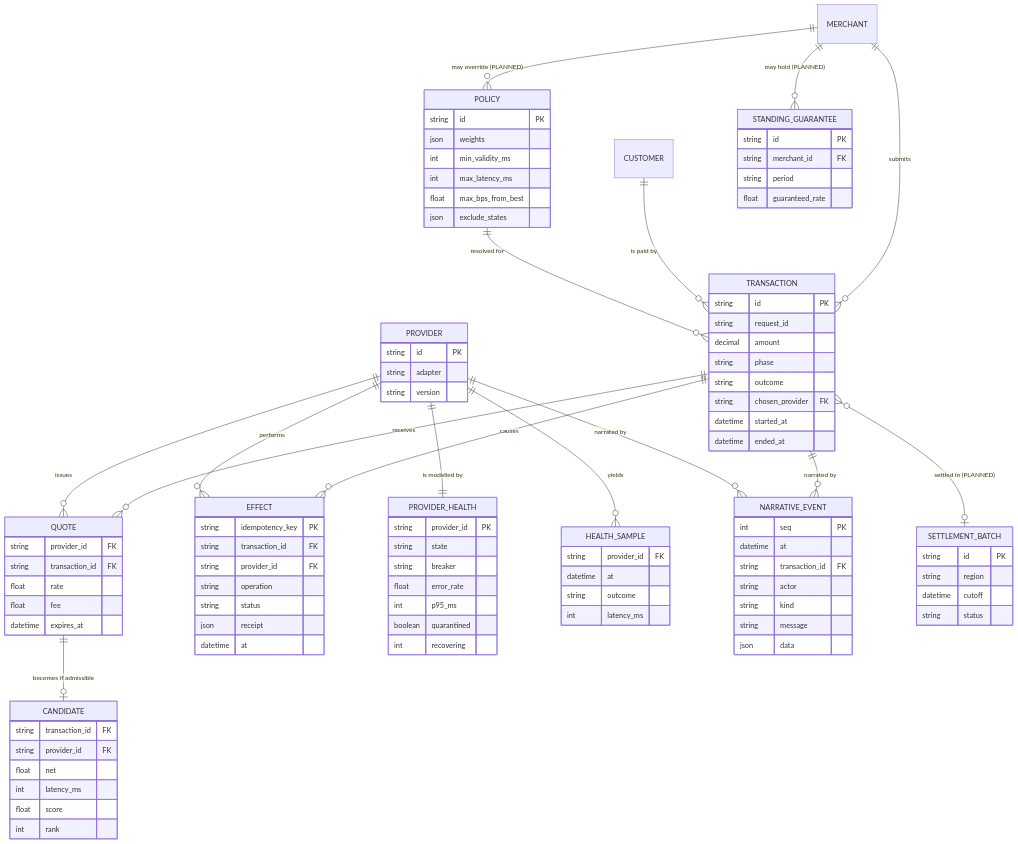
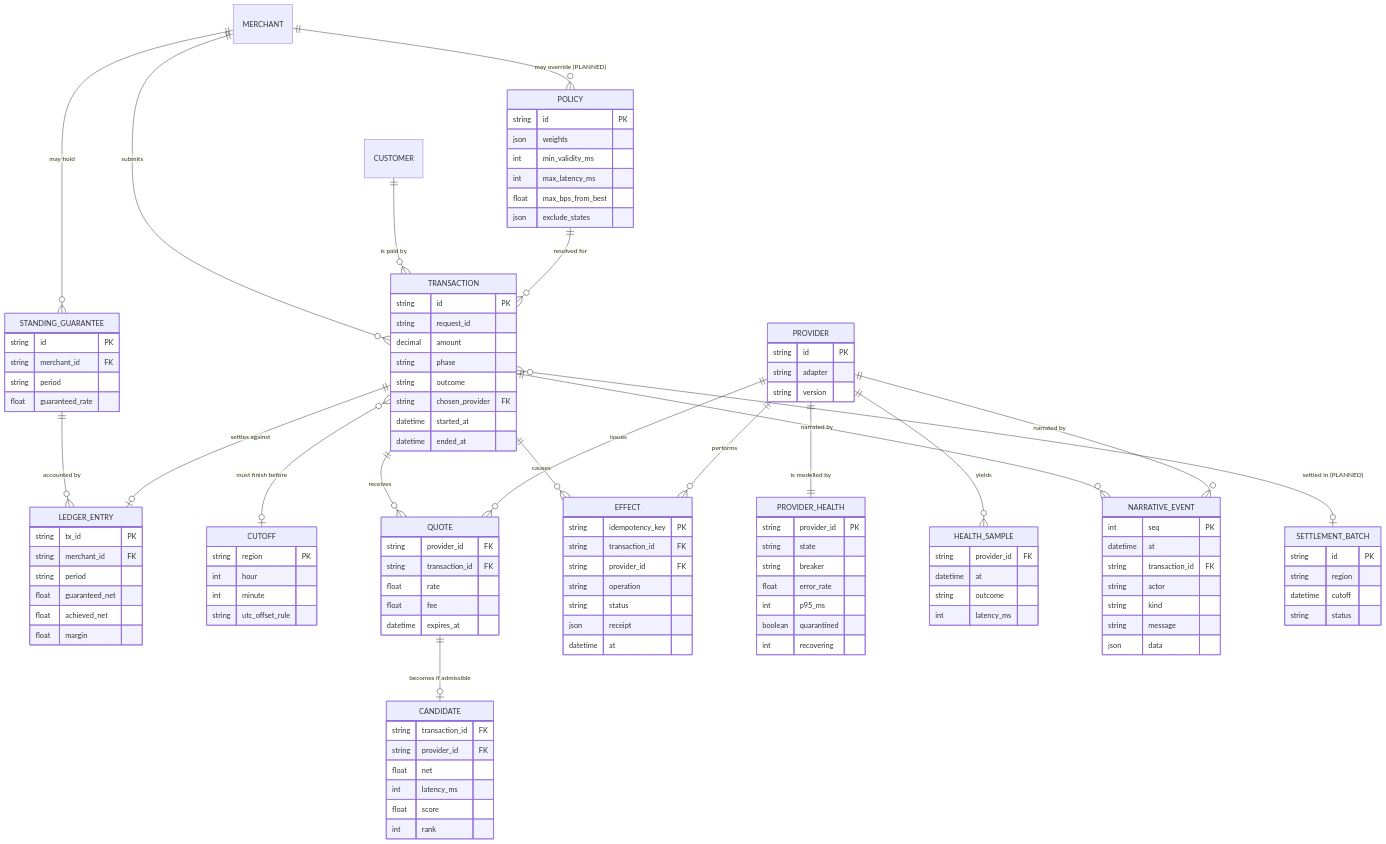
Before and after one commit to robbrown-net/actor-tx-spike: the diagram in docs/architecture/06-data-model.md, drawn with Mermaid. The commit also changed other lines of this file and 15 other files, not shown here.

First line of the commit message:
docs: refresh architecture, ADR 0007, quality snapshot, story and report

```diff
--- a/docs/architecture/06-data-model.md
+++ b/docs/architecture/06-data-model.md
@@ -12,7 +12,10 @@
     CUSTOMER ||--o{ TRANSACTION : "is paid by"
     POLICY ||--o{ TRANSACTION : "resolved for"
     MERCHANT ||--o{ POLICY : "may override (PLANNED)"
-    MERCHANT ||--o{ STANDING_GUARANTEE : "may hold (PLANNED)"
+    MERCHANT ||--o{ STANDING_GUARANTEE : "may hold"
+    STANDING_GUARANTEE ||--o{ LEDGER_ENTRY : "accounted by"
+    TRANSACTION ||--o| LEDGER_ENTRY : "settles against"
+    TRANSACTION }o--o| CUTOFF : "must finish before"
     TRANSACTION ||--o{ QUOTE : receives
     PROVIDER ||--o{ QUOTE : issues
     QUOTE ||--o| CANDIDATE : "becomes if admissible"
@@ -101,6 +104,20 @@
         string period
         float guaranteed_rate
     }
+    LEDGER_ENTRY {
+        string tx_id PK
+        string merchant_id FK
+        string period
+        float guaranteed_net
+        float achieved_net
+        float margin
+    }
+    CUTOFF {
+        string region PK
+        int hour
+        int minute
+        string utc_offset_rule
+    }
     SETTLEMENT_BATCH {
         string id PK
         string region
```
